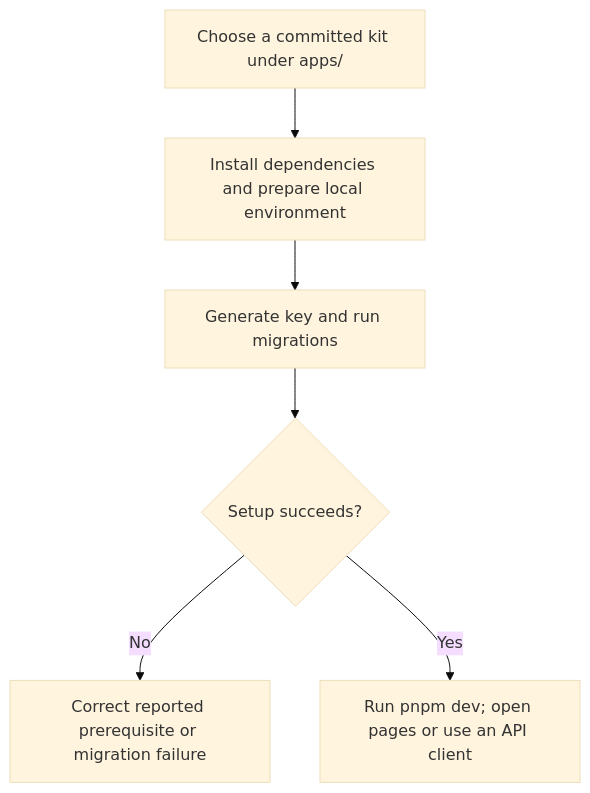
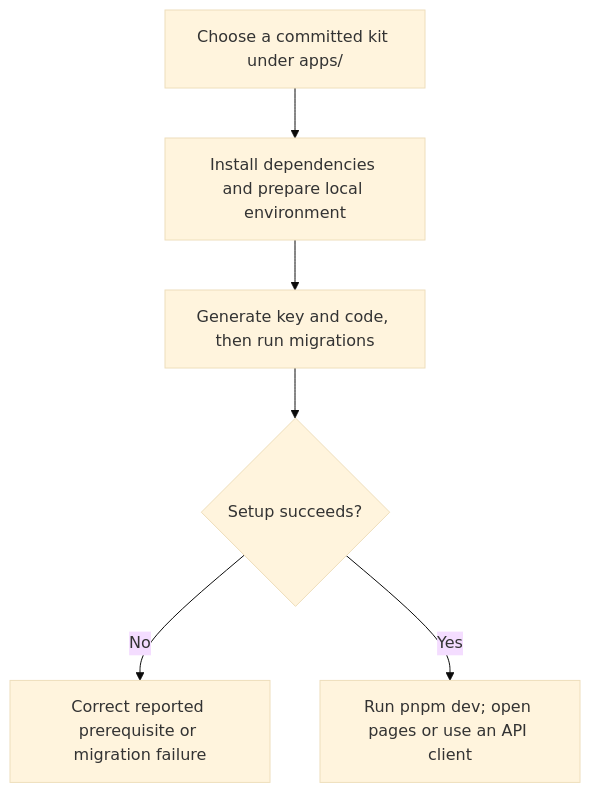
The first of 2 diagrams in user-stories/operations/us-ops-01-run-kit.md (Kevinjohn/oss-adonisjs-starter-examples), drawn with Mermaid (base theme) before and after one commit. The commit also changed other lines of this file and 29 other files, not shown here.

````diff
--- a/user-stories/operations/us-ops-01-run-kit.md
+++ b/user-stories/operations/us-ops-01-run-kit.md
@@ -20,8 +20,8 @@
 ```mermaid
 flowchart TD
     A["Choose a committed kit under apps/"] --> B["Install dependencies and prepare local environment"]
-    B --> C["Generate key and run migrations"]
+    B --> C["Generate key and code, then run migrations"]
     C --> D{"Setup succeeds?"}
     D -->|No| E["Correct reported prerequisite or migration failure"]
     D -->|Yes| F["Run pnpm dev; open pages or use an API client"]
 ```
````
